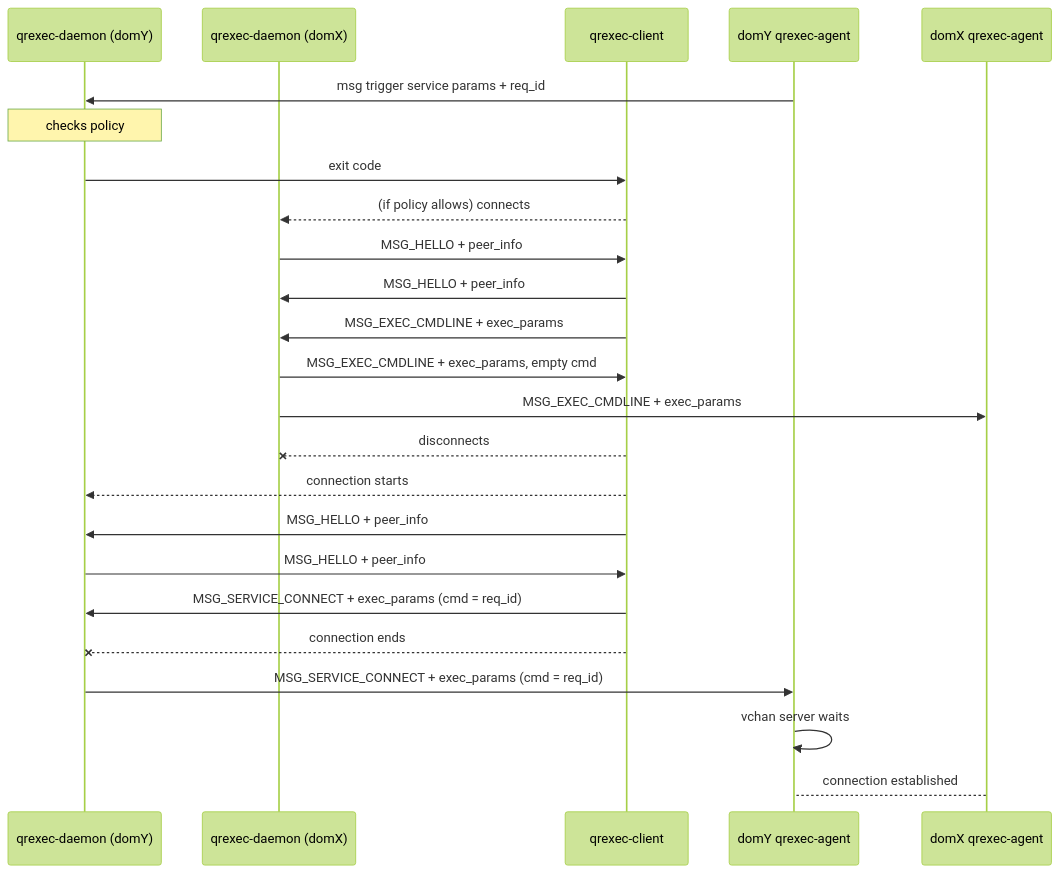
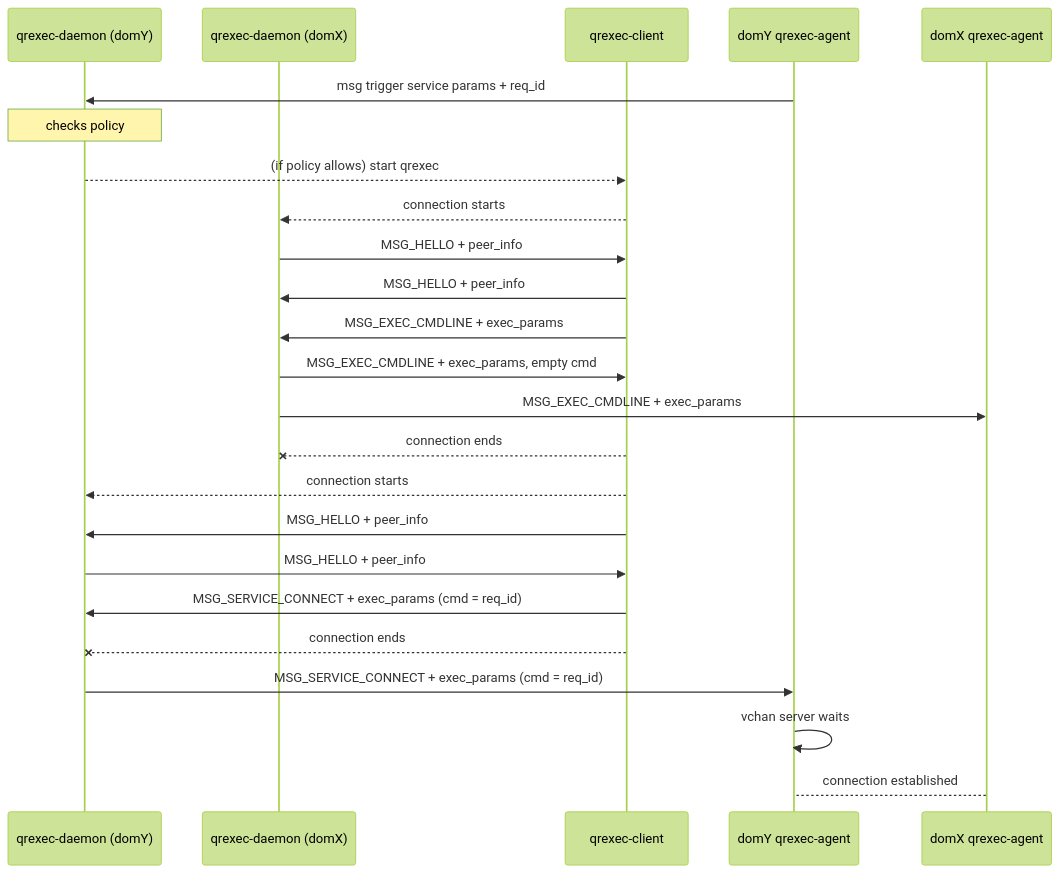
Before and after one commit to QubesOS/qubes-attachment: the diagram in wiki/qrexec3/qrexec-internals-domY.mmd, drawn with Mermaid (forest theme). The commit also changed 1 other file, not shown here.

Commit message:
Fix RPC internals diagrams

```diff
--- a/wiki/qrexec3/qrexec-internals-domY.mmd
+++ b/wiki/qrexec3/qrexec-internals-domY.mmd
@@ -1,26 +1,26 @@
 sequenceDiagram
 participant yd as qrexec-daemon (domY)
 participant xd as qrexec-daemon (domX)
 participant 0c as qrexec-client
 participant ya as domY qrexec-agent
 participant xa as domX qrexec-agent
 # qrexec-client-vm invoked, qrexec-agent generates req_id
 ya ->> yd: msg trigger service params + req_id
 Note over yd: checks policy
-yd ->> 0c: exit code
-0c -->> xd: (if policy allows) connects
+yd -->> 0c: (if policy allows) start qrexec
+0c -->> xd: connection starts
 xd ->> 0c: MSG_HELLO + peer_info
 0c ->> xd: MSG_HELLO + peer_info
 0c ->> xd: MSG_EXEC_CMDLINE + exec_params
 xd ->> 0c: MSG_EXEC_CMDLINE + exec_params, empty cmd
 xd ->> xa: MSG_EXEC_CMDLINE + exec_params
-0c --x xd: disconnects
+0c --x xd: connection ends
 0c -->> yd: connection starts
 0c ->> yd: MSG_HELLO + peer_info
 yd ->> 0c: MSG_HELLO + peer_info
 0c ->> yd: MSG_SERVICE_CONNECT + exec_params (cmd = req_id)
 0c --x yd: connection ends
 yd ->> ya: MSG_SERVICE_CONNECT + exec_params (cmd = req_id)
 ya ->> ya: vchan server waits
 xa --> ya: connection established
 # qrexec-agent now plays role of qrexec-client in dom0-based example (see above)
```
